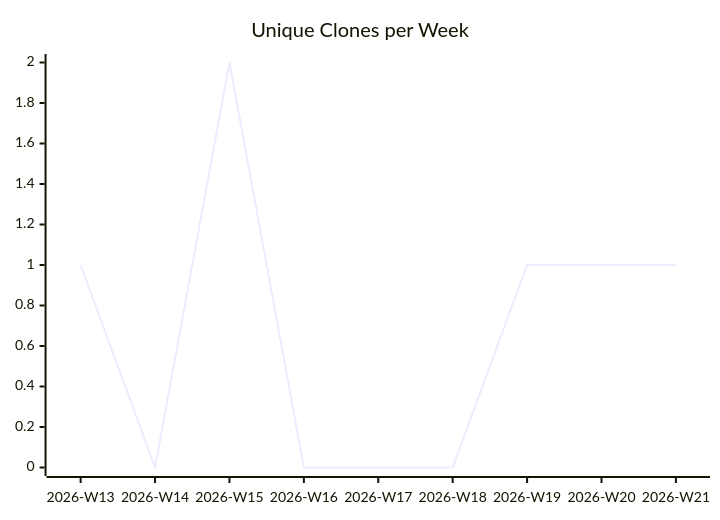
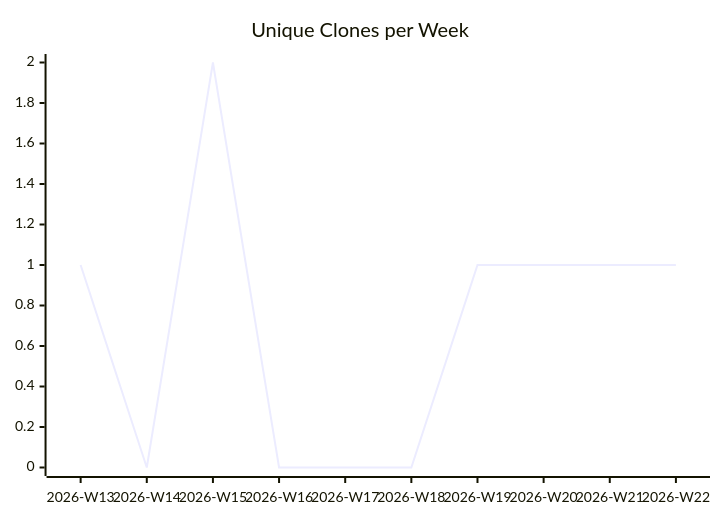
The third of 3 diagrams in karlmdavis/puppet-archive/README.md (justdavis-family/github-analytics-data), drawn with Mermaid before and after one commit. The commit also changed other lines of this file and 190 other files, not shown here.

````diff
--- a/karlmdavis/puppet-archive/README.md
+++ b/karlmdavis/puppet-archive/README.md
@@ -19,6 +19,6 @@
 ```mermaid
 xychart-beta
   title "Unique Clones per Week"
-  x-axis ["2026-W13", "2026-W14", "2026-W15", "2026-W16", "2026-W17", "2026-W18", "2026-W19", "2026-W20", "2026-W21"]
-  line [1, 0, 2, 0, 0, 0, 1, 1, 1]
+  x-axis ["2026-W13", "2026-W14", "2026-W15", "2026-W16", "2026-W17", "2026-W18", "2026-W19", "2026-W20", "2026-W21", "2026-W22"]
+  line [1, 0, 2, 0, 0, 0, 1, 1, 1, 1]
 ```
````
